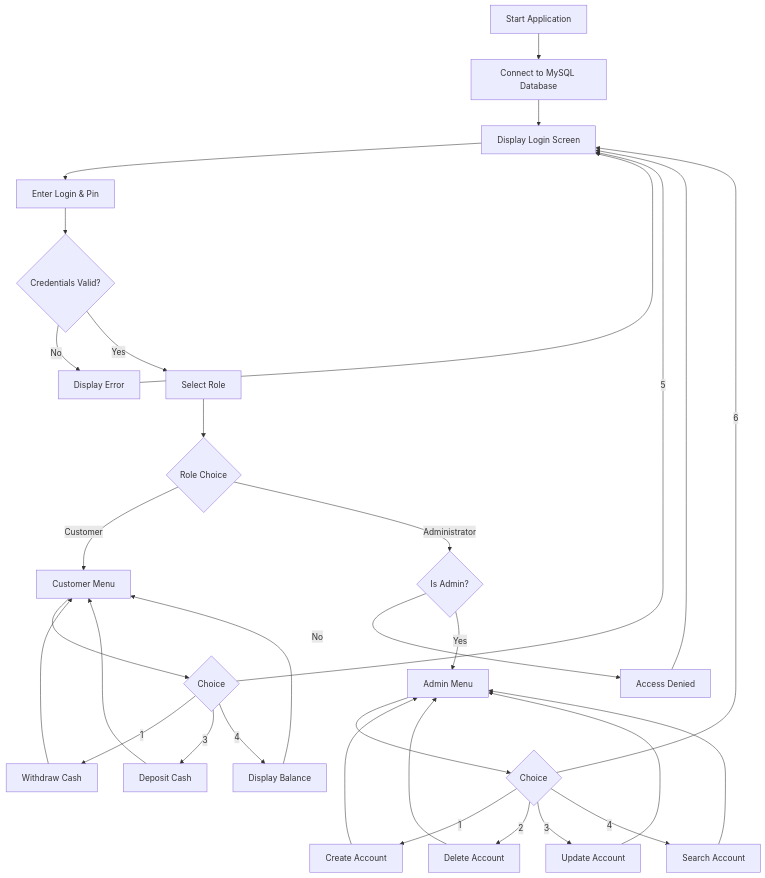
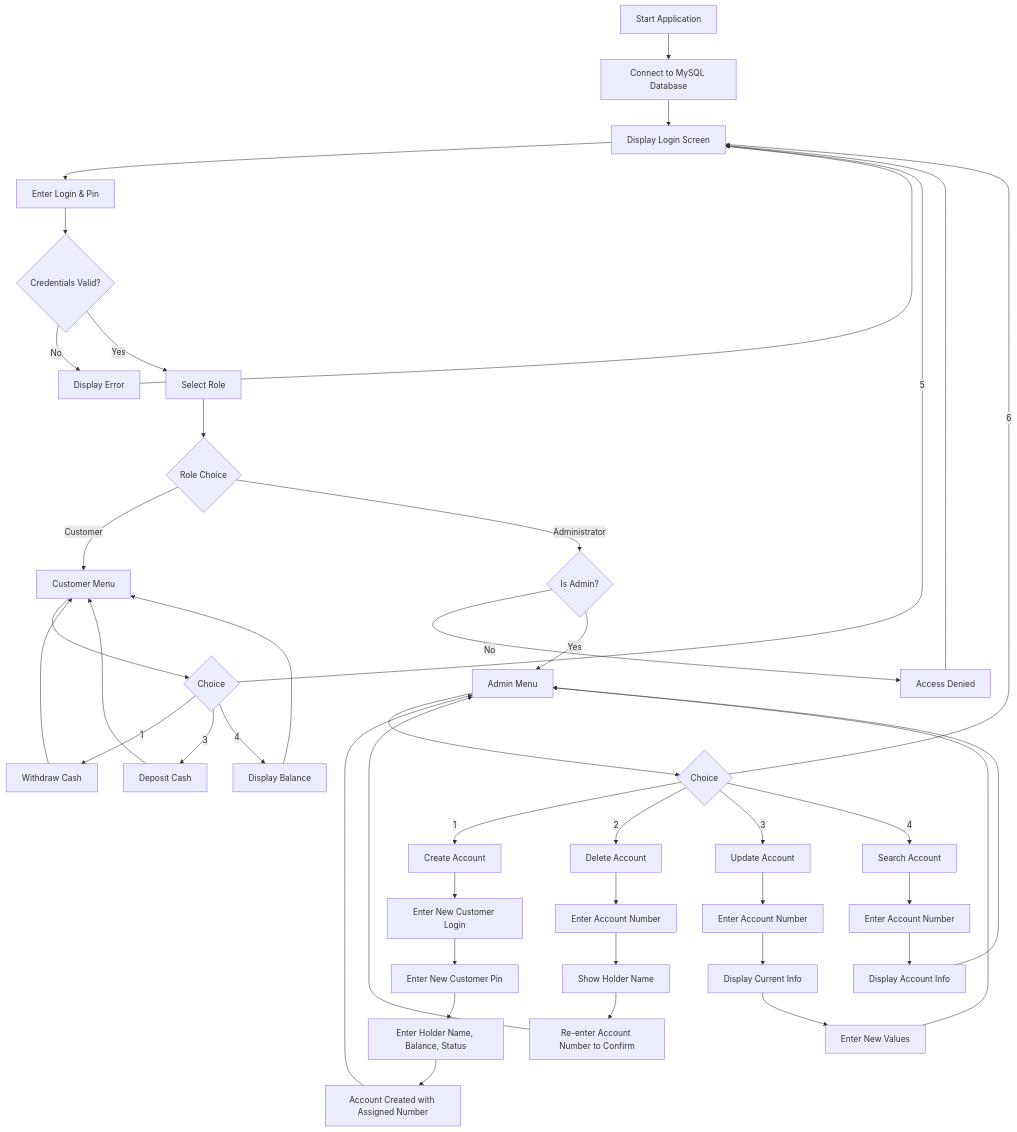
Before and after one commit to rfaris27/MidTermExam: the second of 4 diagrams in DIAGRAMS.md, drawn with Mermaid.

Commit message:
added few chnages to system flow

````diff
--- a/DIAGRAMS.md
+++ b/DIAGRAMS.md
@@ -76,36 +76,48 @@
 ```mermaid
 flowchart TD
     A[Start Application] --> B[Connect to MySQL Database]
     B --> C[Display Login Screen]
     C --> D[Enter Login & Pin]
     D --> E{Credentials Valid?}
     E -- No --> F[Display Error]
     F --> C
     E -- Yes --> G[Select Role]
     G --> H{Role Choice}
     
     H -- Customer --> I[Customer Menu]
     I --> I1{Choice}
     I1 -- 1 --> I2[Withdraw Cash]
     I1 -- 3 --> I3[Deposit Cash]
     I1 -- 4 --> I4[Display Balance]
     I1 -- 5 --> C
     I2 --> I
     I3 --> I
     I4 --> I
 
     H -- Administrator --> J{Is Admin?}
     J -- No --> K[Access Denied]
     K --> C
     J -- Yes --> L[Admin Menu]
     L --> L1{Choice}
     L1 -- 1 --> L2[Create Account]
+    L2 --> L2a[Enter New Customer Login]
+    L2a --> L2b[Enter New Customer Pin]
+    L2b --> L2c[Enter Holder Name, Balance, Status]
+    L2c --> L2d[Account Created with Assigned Number]
+    L2d --> L
     L1 -- 2 --> L3[Delete Account]
+    L3 --> L3a[Enter Account Number]
+    L3a --> L3b[Show Holder Name]
+    L3b --> L3c[Re-enter Account Number to Confirm]
+    L3c --> L
     L1 -- 3 --> L4[Update Account]
+    L4 --> L4a[Enter Account Number]
+    L4a --> L4b[Display Current Info]
+    L4b --> L4c[Enter New Values]
+    L4c --> L
     L1 -- 4 --> L5[Search Account]
+    L5 --> L5a[Enter Account Number]
+    L5a --> L5b[Display Account Info]
+    L5b --> L
     L1 -- 6 --> C
-    L2 --> L
-    L3 --> L
-    L4 --> L
-    L5 --> L
 ```
````
